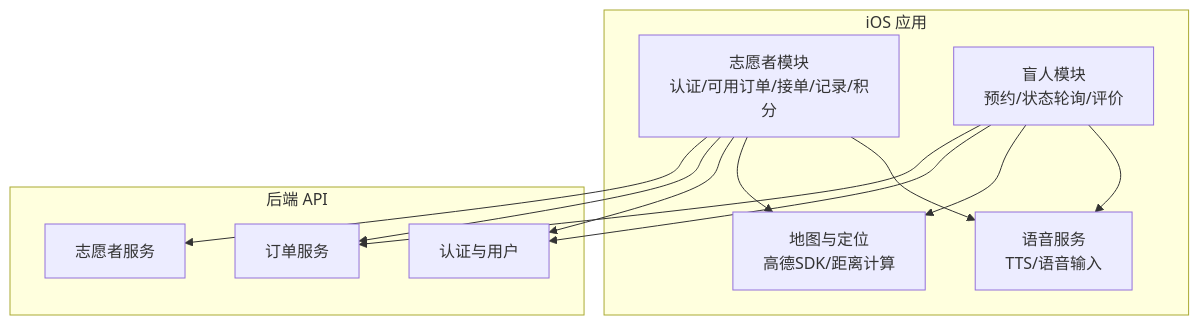
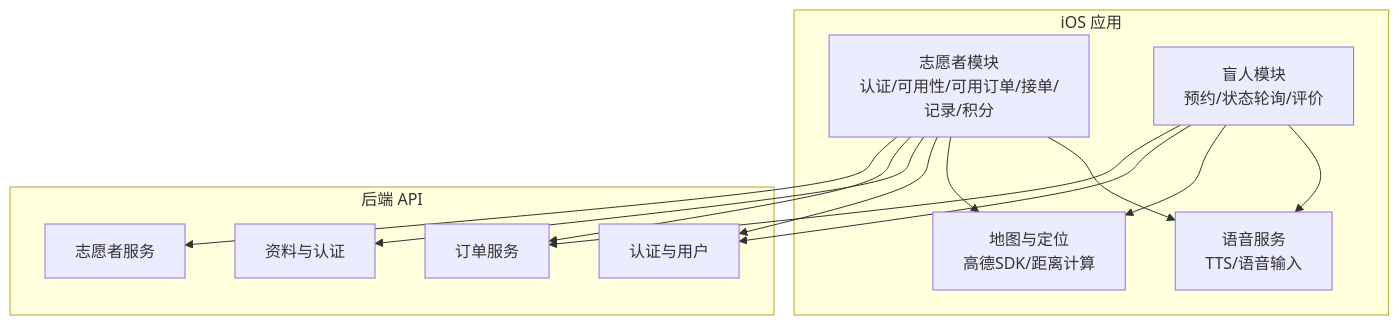
The first of 10 diagrams in .qoder/repowiki/zh/content/核心功能模块/志愿者功能/志愿者功能.md (Jayden23018/blind-run-ios), drawn with Mermaid before and after one commit. The commit also changed other lines of this file and 13 other files, not shown here.

Commit message:
Fix volunteer profile flow and acceptance guards

````diff
--- a/.qoder/repowiki/zh/content/核心功能模块/志愿者功能/志愿者功能.md
+++ b/.qoder/repowiki/zh/content/核心功能模块/志愿者功能/志愿者功能.md
@@ -40,23 +63,25 @@
 ```mermaid
 graph TB
 subgraph "iOS 应用"
-VR["志愿者模块<br/>认证/可用订单/接单/记录/积分"]
+VR["志愿者模块<br/>认证/可用性/可用订单/接单/记录/积分"]
 BR["盲人模块<br/>预约/状态轮询/评价"]
 MAP["地图与定位<br/>高德SDK/距离计算"]
 VOICE["语音服务<br/>TTS/语音输入"]
 end
 subgraph "后端 API"
 AUTH["认证与用户"]
 VOL["志愿者服务"]
 ORD["订单服务"]
+PROF["资料与认证"]
 end
 VR --> VOL
 VR --> ORD
+VR --> PROF
 BR --> ORD
 VR --> AUTH
 BR --> AUTH
 VR --> MAP
 BR --> MAP
 VR --> VOICE
 BR --> VOICE
 ```
````
